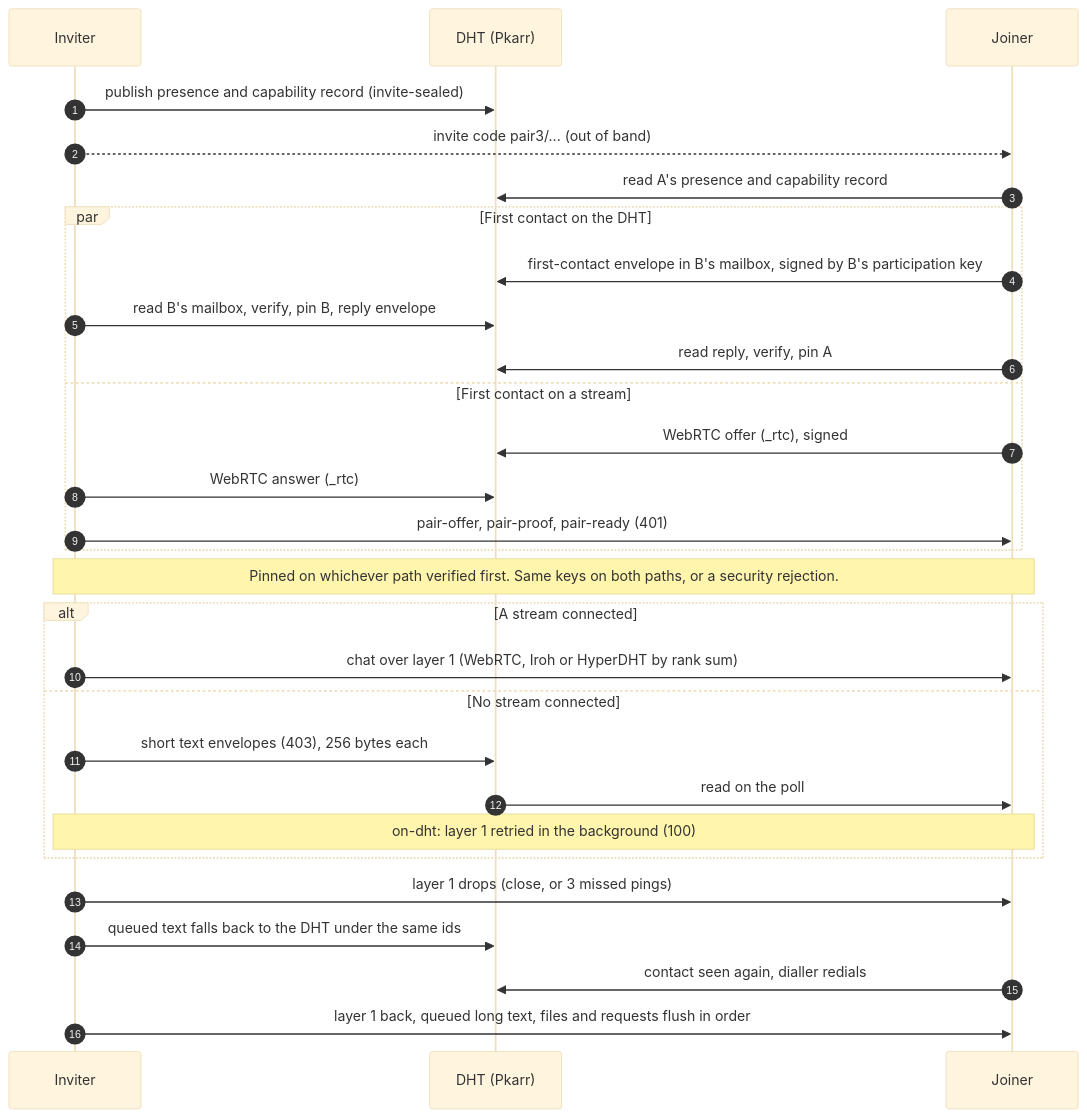
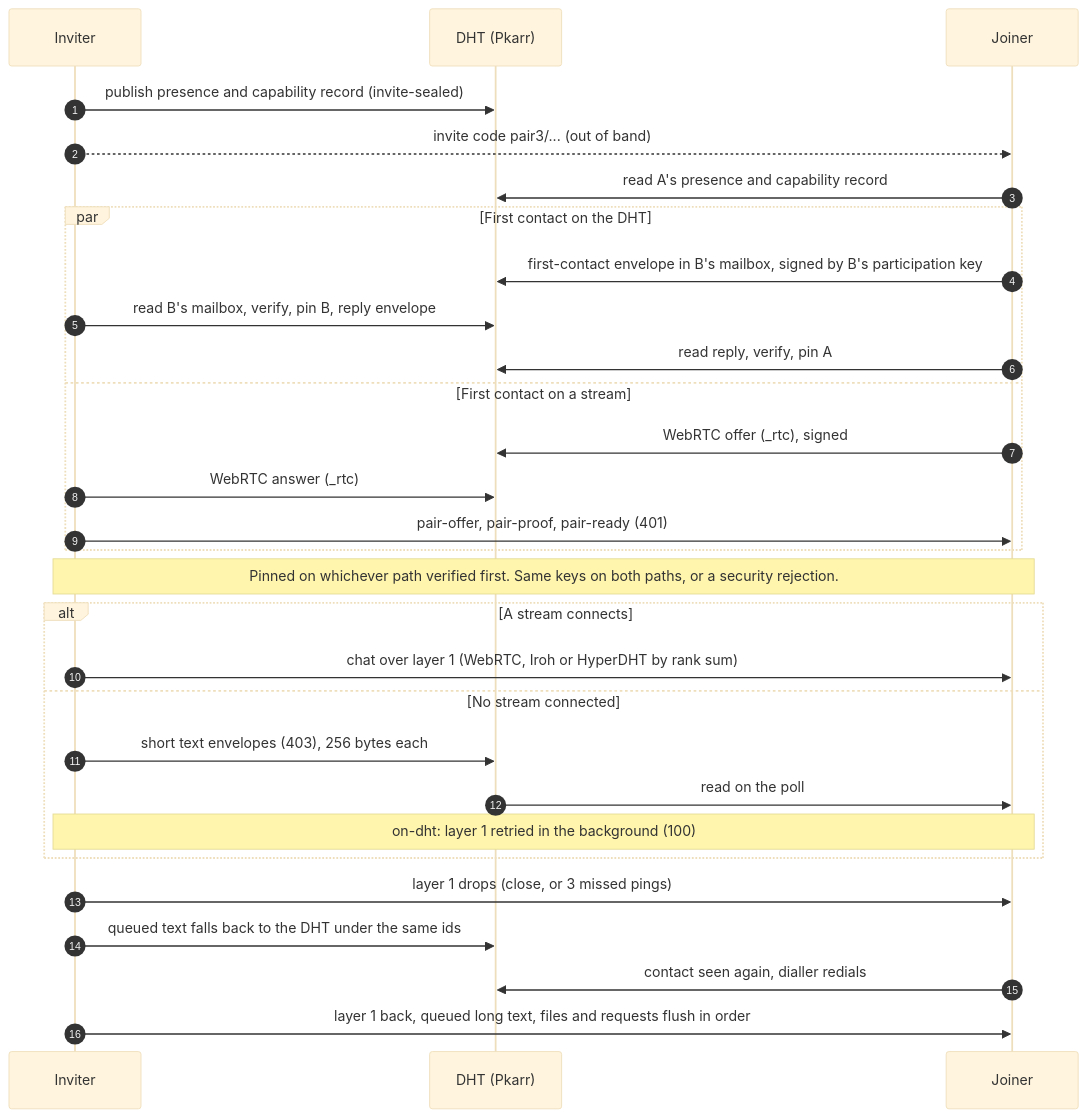
One commit to MiguelMedeiros/ghostly changed the second of 2 diagrams in docs/wisps/400-chat.md. Above: the diagram before and after it, drawn with Mermaid (base theme). The commit also changed other lines of this file and 1 other file, not shown here.

Commit message:
docs(wisps): diagrams the site can render; wording

````diff
--- a/docs/wisps/400-chat.md
+++ b/docs/wisps/400-chat.md
@@ -65,31 +64,31 @@
 ```mermaid
 sequenceDiagram
     autonumber
     participant A as Inviter
     participant D as DHT (Pkarr)
     participant B as Joiner
     A->>D: publish presence and capability record (invite-sealed)
     A-->>B: invite code pair3/... (out of band)
     B->>D: read A's presence and capability record
     par First contact on the DHT
         B->>D: first-contact envelope in B's mailbox, signed by B's participation key
         A->>D: read B's mailbox, verify, pin B, reply envelope
         B->>D: read reply, verify, pin A
     and First contact on a stream
         B->>D: WebRTC offer (_rtc), signed
         A->>D: WebRTC answer (_rtc)
         A->>B: pair-offer, pair-proof, pair-ready (401)
     end
     Note over A,B: Pinned on whichever path verified first. Same keys on both paths, or a security rejection.
-    alt A stream connected
+    alt A stream connects
         A->>B: chat over layer 1 (WebRTC, Iroh or HyperDHT by rank sum)
     else No stream connected
         A->>D: short text envelopes (403), 256 bytes each
         D->>B: read on the poll
         Note over A,B: on-dht: layer 1 retried in the background (100)
     end
     A->>B: layer 1 drops (close, or 3 missed pings)
     A->>D: queued text falls back to the DHT under the same ids
     B->>D: contact seen again, dialler redials
     A->>B: layer 1 back, queued long text, files and requests flush in order
 ```
````
